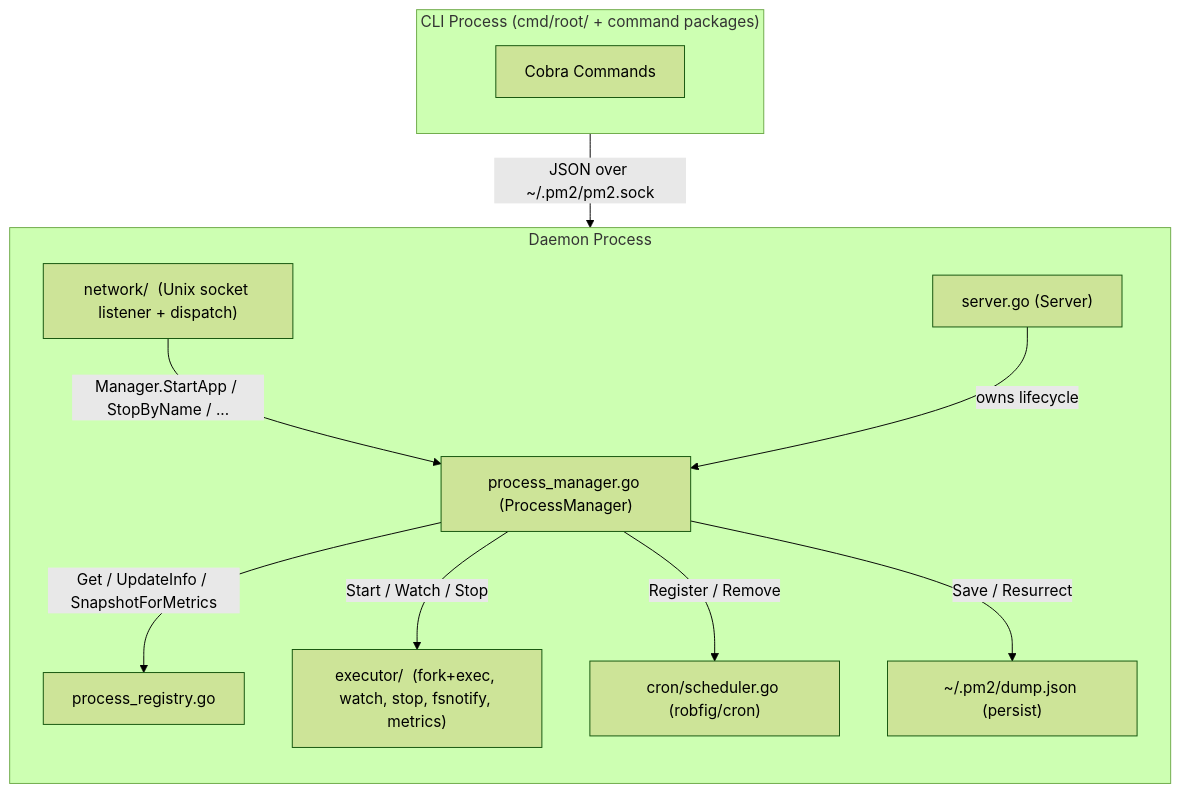
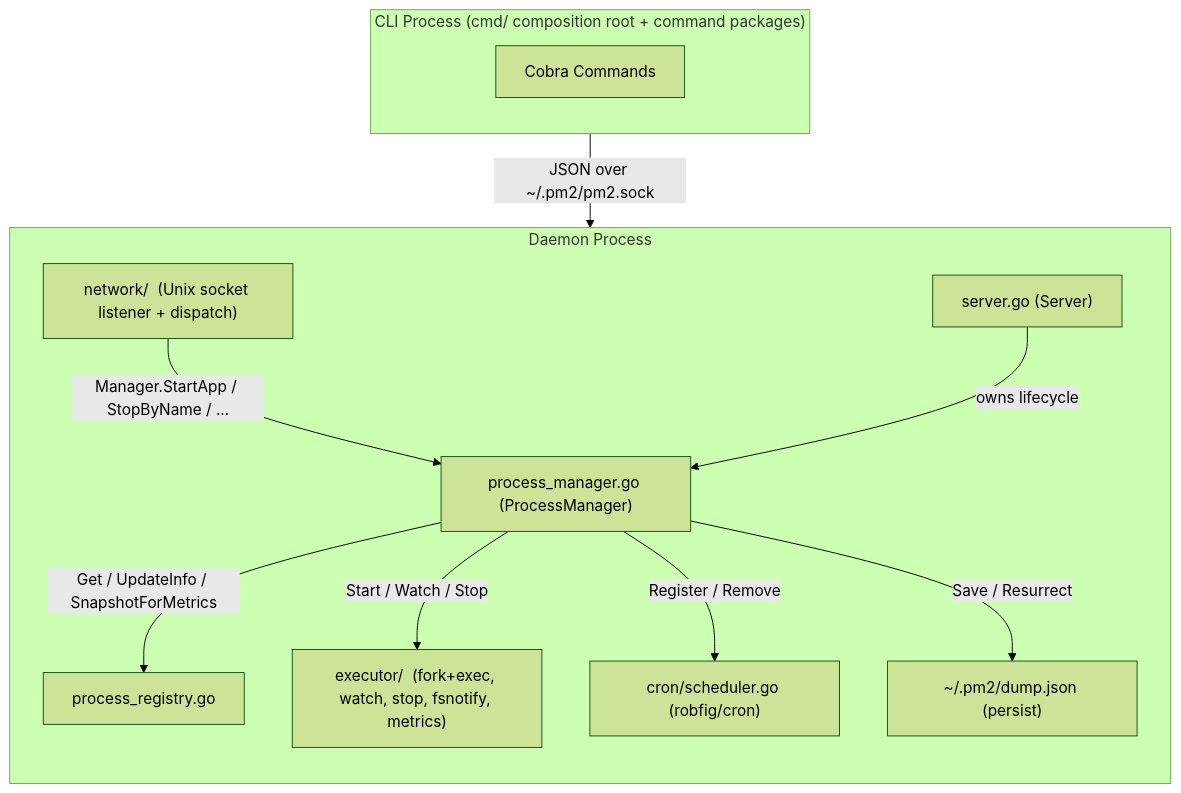
The diagram in CLAUDE.md (BizShuk/pm2), drawn with Mermaid (forest theme) before and after one commit. The commit also changed other lines of this file and 4 other files, not shown here.

````diff
--- a/CLAUDE.md
+++ b/CLAUDE.md
@@ -11,27 +11,27 @@
 ```mermaid
 flowchart TD
-    subgraph CLI ["CLI Process (cmd/root/ + command packages)"]
+    subgraph CLI ["CLI Process (cmd/ composition root + command packages)"]
         direction TB
         C["Cobra Commands"]
     end
 
     subgraph Daemon ["Daemon Process"]
         direction TB
         N["network/  (Unix socket listener + dispatch)"]
         S["server.go (Server)"]
         PM["process_manager.go (ProcessManager)"]
         R["process_registry.go"]
         E["executor/  (fork+exec, watch, stop, fsnotify, metrics)"]
         CR["cron/scheduler.go (robfig/cron)"]
         D["~/.pm2/dump.json (persist)"]
 
         N -->|"Manager.StartApp / StopByName / ..."| PM
         S -->|"owns lifecycle"| PM
         PM -->|"Get / UpdateInfo / SnapshotForMetrics"| R
         PM -->|"Start / Watch / Stop"| E
         PM -->|"Register / Remove"| CR
         PM -->|"Save / Resurrect"| D
     end
 
     C -- "JSON over ~/.pm2/pm2.sock" --> N
 ```
````
